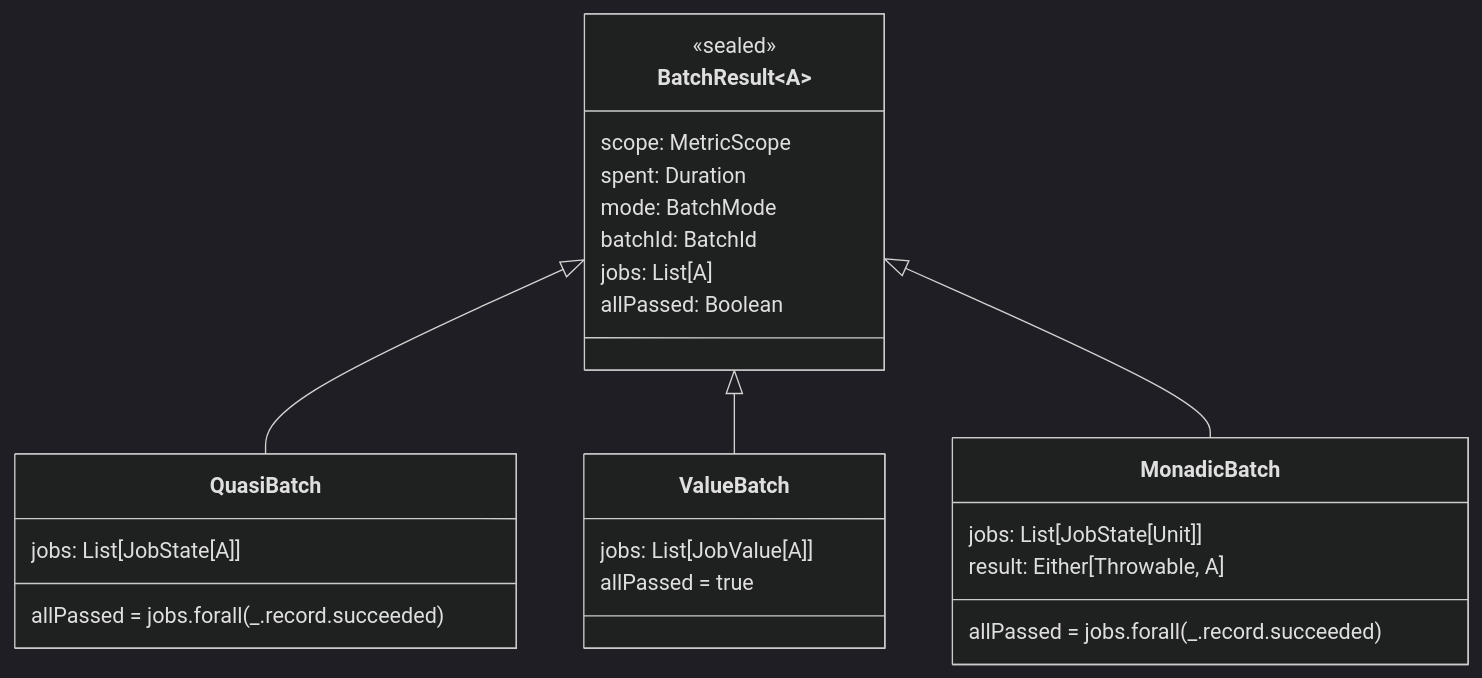
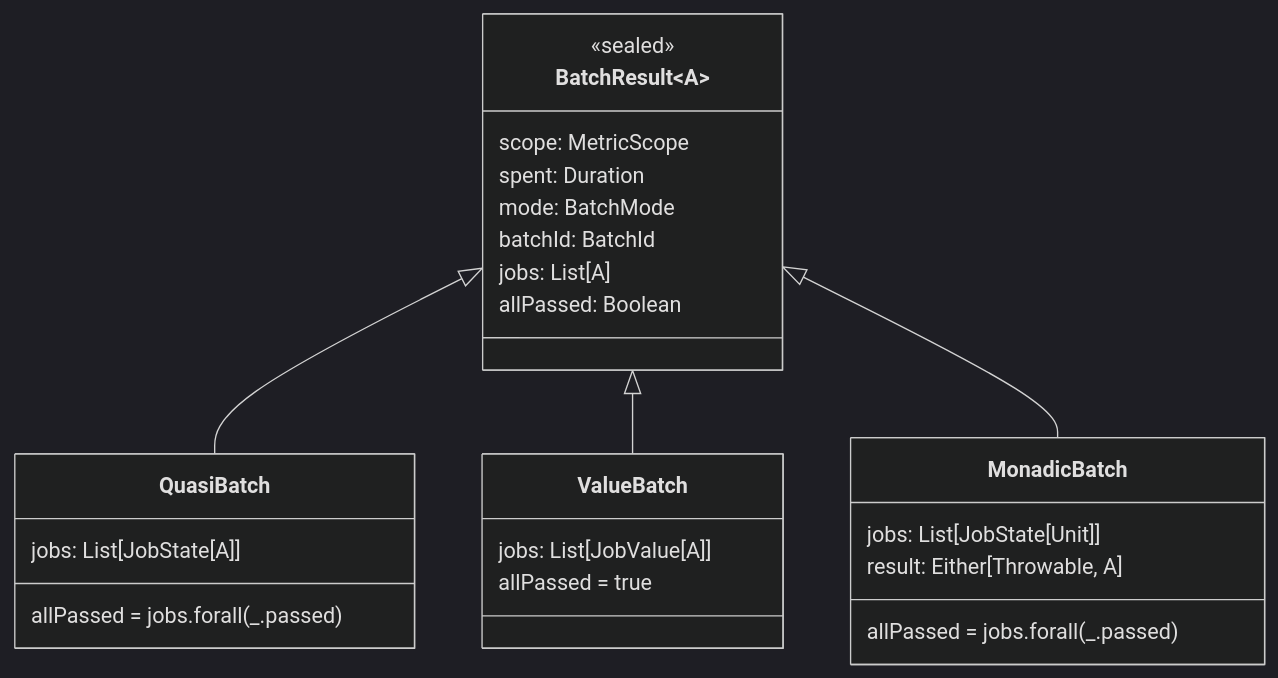
The fifth of 7 diagrams in guard/doc/README.md (chenharryhua/nanjin), drawn with Mermaid (dark theme) before and after one commit. The commit also changed 17 other files, not shown here.

````diff
--- a/guard/doc/README.md
+++ b/guard/doc/README.md
@@ -130,29 +130,29 @@
 ```mermaid
 classDiagram
     class BatchResult~A~ {
         <<sealed>>
         scope: MetricScope
         spent: Duration
         mode: BatchMode
         batchId: BatchId
         jobs: List[A]
         allPassed: Boolean
     }
     BatchResult <|-- QuasiBatch
     BatchResult <|-- ValueBatch
     BatchResult <|-- MonadicBatch
 
     class QuasiBatch~A~ {
         jobs: List[JobState[A]]
-        allPassed = jobs.forall(_.record.succeeded)
+        allPassed = jobs.forall(_.passed)
     }
     class ValueBatch~A~ {
         jobs: List[JobValue[A]]
         allPassed = true
     }
     class MonadicBatch~A~ {
         jobs: List[JobState[Unit]]
         result: Either[Throwable, A]
-        allPassed = jobs.forall(_.record.succeeded)
+        allPassed = jobs.forall(_.passed)
     }
 ```
````
